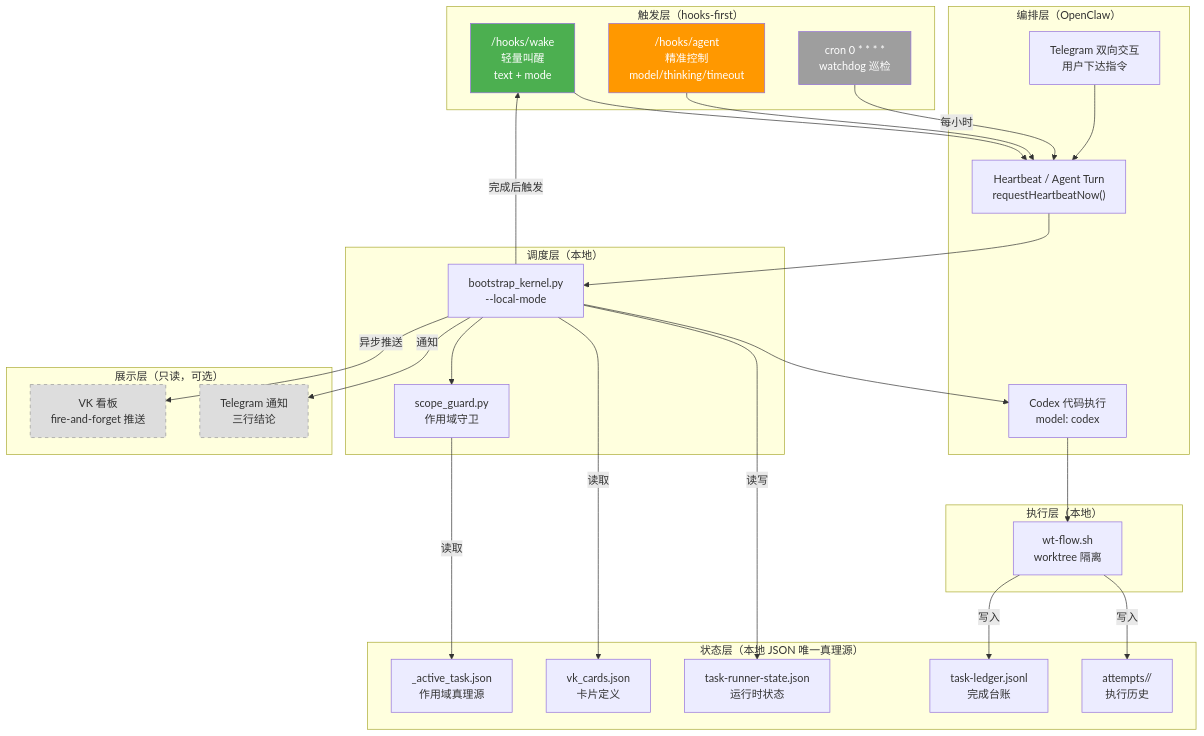
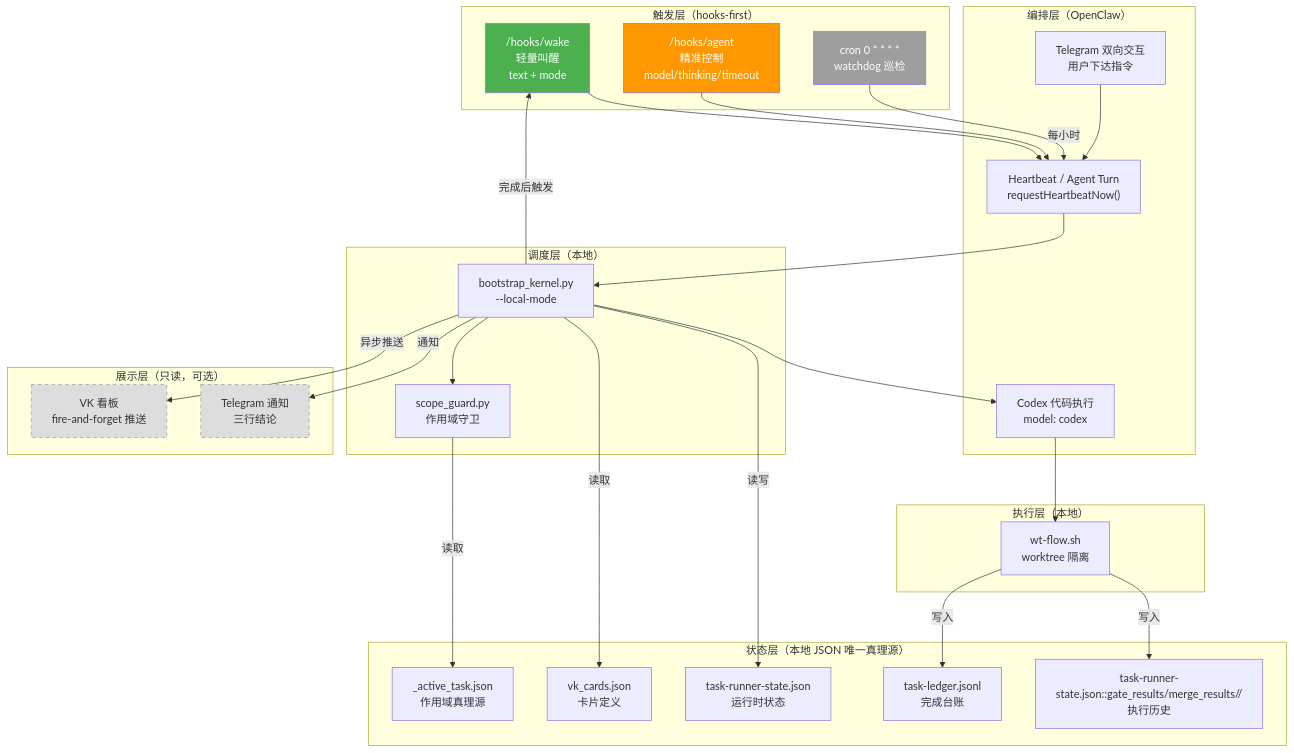
One commit to jijingkun-commits/fastapi changed the second of 20 diagrams in docs/内部参考/迭代需求/自动化大型任务开发设计方案.md. Above: the diagram before and after it, drawn with Mermaid. The commit also changed other lines of this file and 174 other files, not shown here.

````diff
--- a/docs/内部参考/迭代需求/自动化大型任务开发设计方案.md
+++ b/docs/内部参考/迭代需求/自动化大型任务开发设计方案.md
@@ -163,59 +163,59 @@
 ```mermaid
 flowchart TD
     subgraph "触发层（hooks-first）"
         WAKE["/hooks/wake<br/>轻量叫醒<br/>text + mode"]
         AGENT["/hooks/agent<br/>精准控制<br/>model/thinking/timeout"]
         CRON["cron 0 * * * *<br/>watchdog 巡检"]
     end
 
     subgraph "编排层（OpenClaw）"
         HB["Heartbeat / Agent Turn<br/>requestHeartbeatNow()"]
         TG_IN["Telegram 双向交互<br/>用户下达指令"]
         CDX["Codex 代码执行<br/>model: codex"]
     end
 
     subgraph "调度层（本地）"
         BK["bootstrap_kernel.py<br/>--local-mode"]
         SG["scope_guard.py<br/>作用域守卫"]
     end
 
     subgraph "状态层（本地 JSON 唯一真理源）"
         L1["_active_task.json<br/>作用域真理源"]
         L2["vk_cards.json<br/>卡片定义"]
         L3["task-runner-state.json<br/>运行时状态"]
         L4["task-ledger.jsonl<br/>完成台账"]
-        L5["attempts/<card_id>/<br/>执行历史"]
+        L5["task-runner-state.json::gate_results/merge_results/<card_id>/<br/>执行历史"]
     end
 
     subgraph "执行层（本地）"
         WT["wt-flow.sh<br/>worktree 隔离"]
     end
 
     subgraph "展示层（只读，可选）"
         VK["VK 看板<br/>fire-and-forget 推送"]
         TG_OUT["Telegram 通知<br/>三行结论"]
     end
 
     WAKE --> HB
     AGENT --> HB
     CRON -->|"每小时"| HB
     TG_IN --> HB
     HB --> BK
     BK --> SG
     SG -->|"读取"| L1
     BK -->|"读取"| L2
     BK -->|"读写"| L3
     BK --> CDX
     CDX --> WT
     WT -->|"写入"| L4
     WT -->|"写入"| L5
     BK -->|"完成后触发"| WAKE
     BK -->|"异步推送"| VK
     BK -->|"通知"| TG_OUT
 
     style WAKE fill:#4CAF50,color:#fff
     style AGENT fill:#FF9800,color:#fff
     style CRON fill:#9E9E9E,color:#fff
     style VK fill:#ddd,stroke:#999,stroke-dasharray: 5 5
     style TG_OUT fill:#ddd,stroke:#999,stroke-dasharray: 5 5
 ```
````
